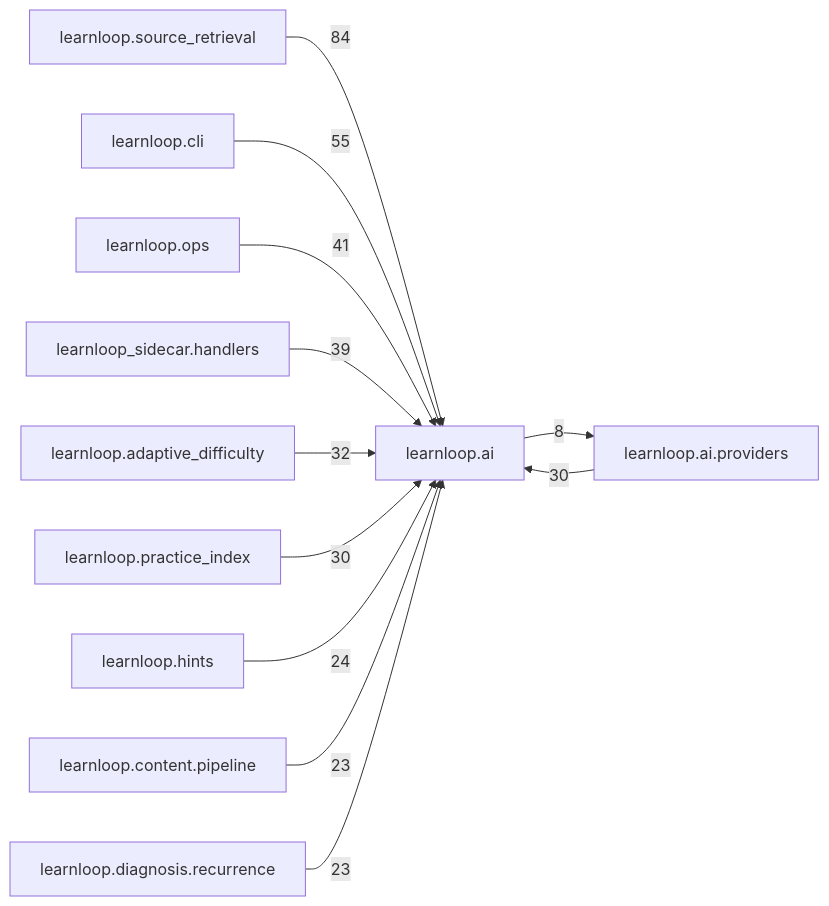
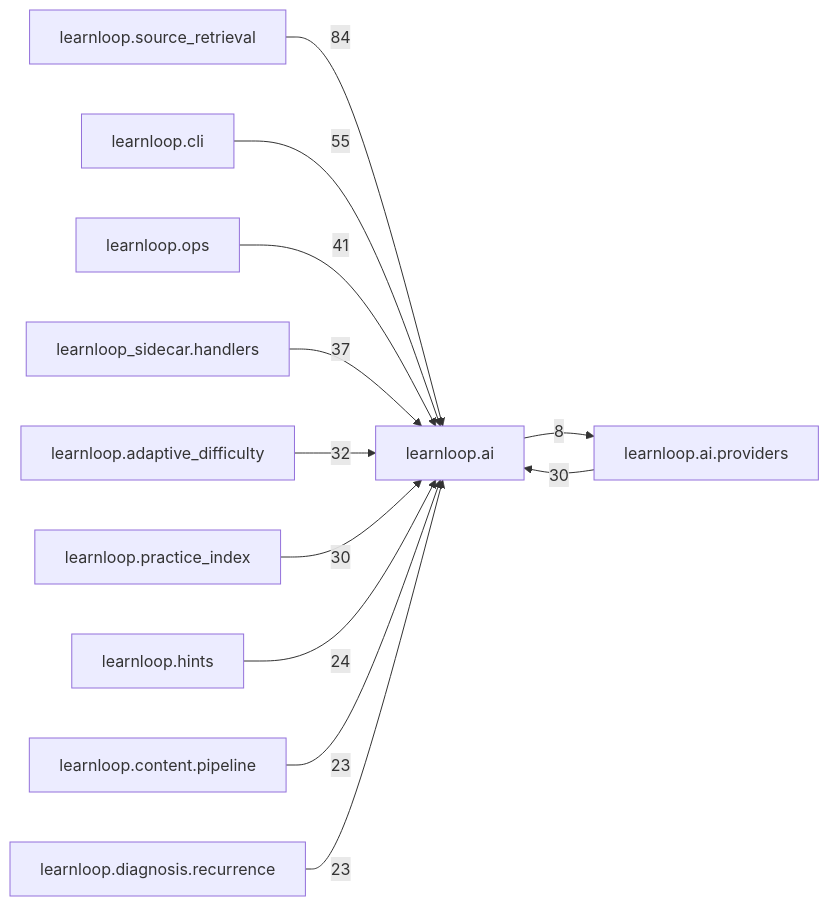
One commit to 6up-b/learnanything changed the diagram in docs/learnloop-architecture-vault/Reference/Modules/learnloop/ai/_package.md. Above: the diagram before and after it, drawn with Mermaid. The commit also changed other lines of this file and 93 other files, not shown here.

````diff
--- a/docs/learnloop-architecture-vault/Reference/Modules/learnloop/ai/_package.md
+++ b/docs/learnloop-architecture-vault/Reference/Modules/learnloop/ai/_package.md
@@ -161,25 +161,25 @@
 ```mermaid
 flowchart LR
     center["learnloop.ai"]
     n_learnloop_source_retrieval["learnloop.source_retrieval"]
     n_learnloop_cli["learnloop.cli"]
     n_learnloop_ops["learnloop.ops"]
+    n_learnloop_ai_providers["learnloop.ai.providers"]
     n_learnloop_sidecar_handlers["learnloop_sidecar.handlers"]
-    n_learnloop_ai_providers["learnloop.ai.providers"]
     n_learnloop_adaptive_difficulty["learnloop.adaptive_difficulty"]
     n_learnloop_practice_index["learnloop.practice_index"]
     n_learnloop_hints["learnloop.hints"]
     n_learnloop_content_pipeline["learnloop.content.pipeline"]
     n_learnloop_diagnosis_recurrence["learnloop.diagnosis.recurrence"]
     n_learnloop_source_retrieval -->|84| center
     n_learnloop_cli -->|55| center
     n_learnloop_ops -->|41| center
-    n_learnloop_sidecar_handlers -->|39| center
     n_learnloop_ai_providers -->|30| center
     center -->|8| n_learnloop_ai_providers
+    n_learnloop_sidecar_handlers -->|37| center
     n_learnloop_adaptive_difficulty -->|32| center
     n_learnloop_practice_index -->|30| center
     n_learnloop_hints -->|24| center
     n_learnloop_content_pipeline -->|23| center
     n_learnloop_diagnosis_recurrence -->|23| center
 ```
````
